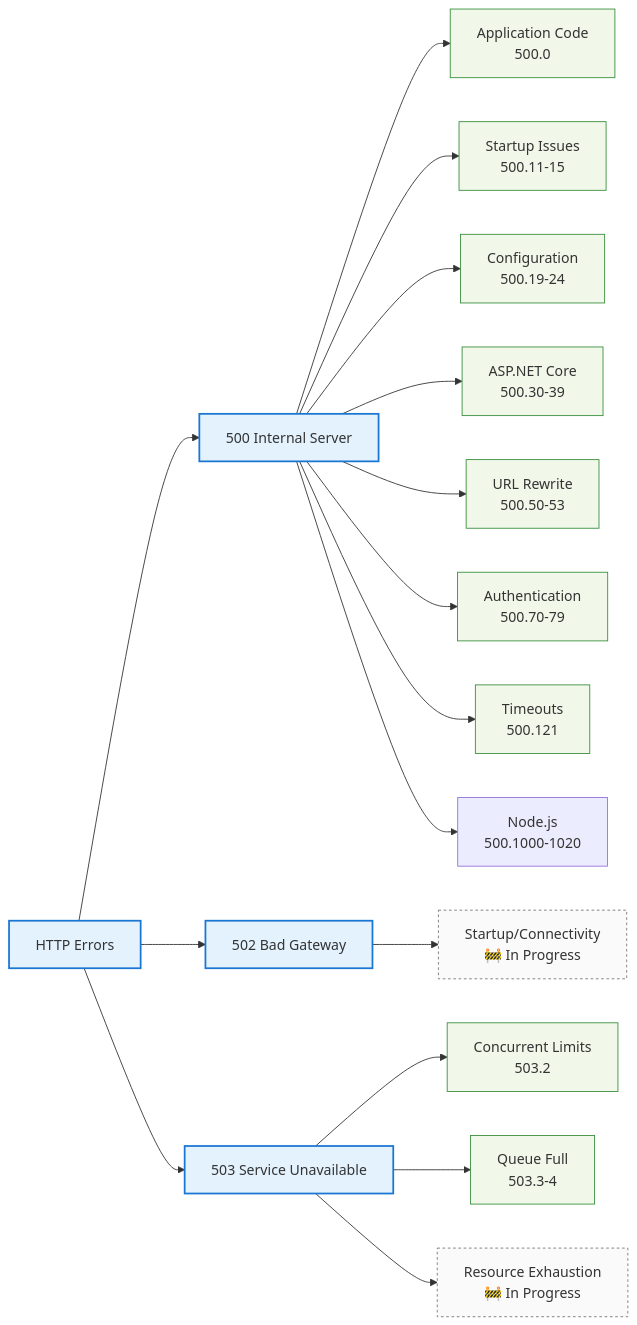
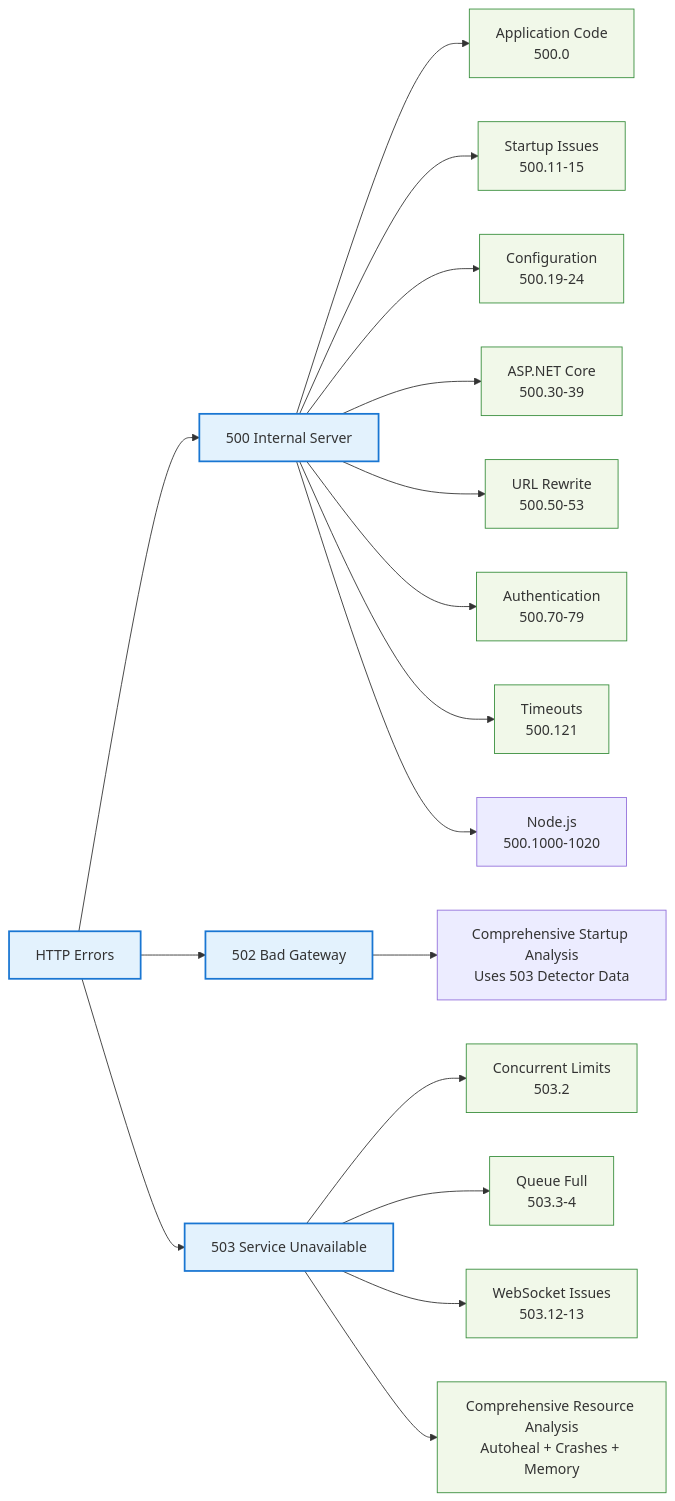
One commit to puneetg1983/WindowsWebAppDiagnoser changed the third of 3 diagrams in WorkflowDiagram.md. Above: the diagram before and after it, drawn with Mermaid. The commit also changed other lines of this file, not shown here.

````diff
--- a/WorkflowDiagram.md
+++ b/WorkflowDiagram.md
@@ -149,29 +173,29 @@
 ```mermaid
 graph LR
     A[HTTP Errors] --> B[500 Internal Server]
     A --> C[502 Bad Gateway]
     A --> D[503 Service Unavailable]
     
     B --> E[Application Code<br/>500.0]
     B --> F[Startup Issues<br/>500.11-15]
     B --> G[Configuration<br/>500.19-24]
     B --> H[ASP.NET Core<br/>500.30-39]
     B --> I[URL Rewrite<br/>500.50-53]
     B --> J[Authentication<br/>500.70-79]
     B --> K[Timeouts<br/>500.121]
     B --> L[Node.js<br/>500.1000-1020]
     
-    C --> M[Startup/Connectivity<br/>🚧 In Progress]
+    C --> M[Comprehensive Startup Analysis<br/>Uses 503 Detector Data]
     
     D --> N[Concurrent Limits<br/>503.2]
     D --> O[Queue Full<br/>503.3-4]
-    D --> P[Resource Exhaustion<br/>🚧 In Progress]
+    D --> P[WebSocket Issues<br/>503.12-13]
+    D --> Q[Comprehensive Resource Analysis<br/>Autoheal + Crashes + Memory]
     
     classDef category fill:#e3f2fd,stroke:#1976d2,stroke-width:2px
     classDef subcategory fill:#f1f8e9,stroke:#388e3c,stroke-width:1px
     classDef wip fill:#fafafa,stroke:#757575,stroke-width:1px,stroke-dasharray: 3 3
     
     class A,B,C,D category
-    class E,F,G,H,I,J,K,N,O subcategory
-    class M,P wip
+    class E,F,G,H,I,J,K,N,O,P,Q subcategory
 ```
````
